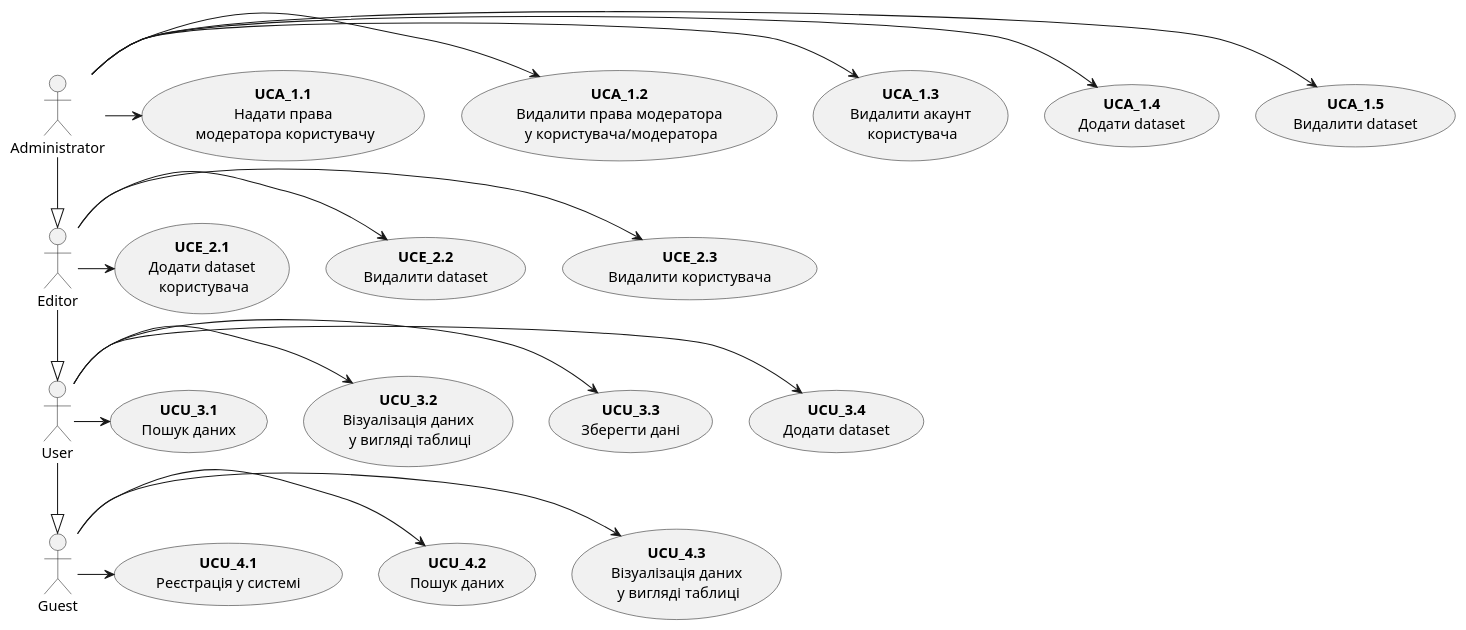
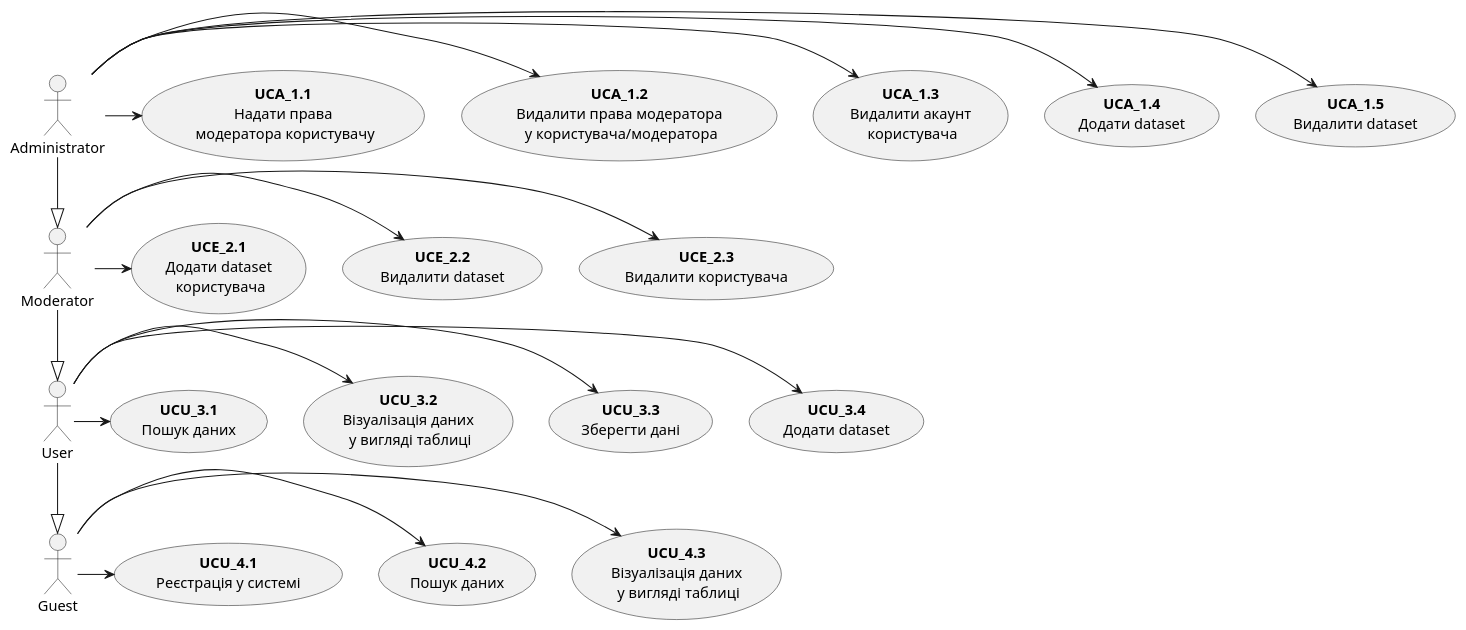
The first of 7 diagrams in docs/use cases/README.md (Hlb03/new_project), drawn with PlantUML before and after one commit. The commit also changed other lines of this file and 1 other file, not shown here.

```diff
--- a/docs/use cases/README.md
+++ b/docs/use cases/README.md
@@ -5,52 +5,52 @@
 @startuml
 
 actor "Administrator" as Administrator
-actor "Editor" as Editor
+actor "Moderator" as Moderator
 actor "User" as User
 actor "Guest" as Guest
 
 usecase "<b>UCA_1.1</b>\nНадати права\n модератора користувачу" as UCA_1.1
 usecase "<b>UCA_1.2</b>\nВидалити права модератора\n у користувача/модератора" as UCA_1.2
 usecase "<b>UCA_1.3</b>\nВидалити акаунт\n користувача" as UCA_1.3
 usecase "<b>UCA_1.4</b>\nДодати dataset" as UCA_1.4
 usecase "<b>UCA_1.5</b>\nВидалити dataset" as UCA_1.5
 
 Administrator -r-> UCA_1.5
 Administrator -r-> UCA_1.4
 Administrator -r-> UCA_1.3
 Administrator -r-> UCA_1.2
 Administrator -r-> UCA_1.1
 
 
 usecase "<b>UCE_2.1</b>\nДодати dataset\n користувача" as UCE_2.1
 usecase "<b>UCE_2.2</b>\nВидалити dataset" as UCE_2.2
 usecase "<b>UCE_2.3</b>\nВидалити користувача" as UCE_2.3
 
-Editor -r-> UCE_2.3
-Editor -r-> UCE_2.2
-Editor -r-> UCE_2.1
+Moderator -r-> UCE_2.3
+Moderator -r-> UCE_2.2
+Moderator -r-> UCE_2.1
 
 usecase "<b>UCU_3.1</b>\nПошук даних" as UCU_3.1
 usecase "<b>UCU_3.2</b>\nВізуалізація даних\n у вигляді таблиці" as UCU_3.2
 usecase "<b>UCU_3.3</b>\nЗберегти дані" as UCU_3.3
 usecase "<b>UCU_3.4</b>\nДодати dataset" as UCU_3.4
 
 User -r-> UCU_3.4
 User -r-> UCU_3.3
 User -r-> UCU_3.2
 User -r-> UCU_3.1
 
 usecase "<b>UCU_4.1</b>\nРеєстрація у системі" as UCU_4.1
 usecase "<b>UCU_4.2</b>\nПошук даних" as UCU_4.2
 usecase "<b>UCU_4.3</b>\nВізуалізація даних\n у вигляді таблиці" as UCU_4.3
 
 Guest -r-> UCU_4.3
 Guest -r-> UCU_4.2
 Guest -r-> UCU_4.1
 
 
 
-Administrator -d-|> Editor
-Editor -d-|> User
+Administrator -d-|> Moderator
+Moderator -d-|> User
 User -d-|> Guest
 @enduml
```
